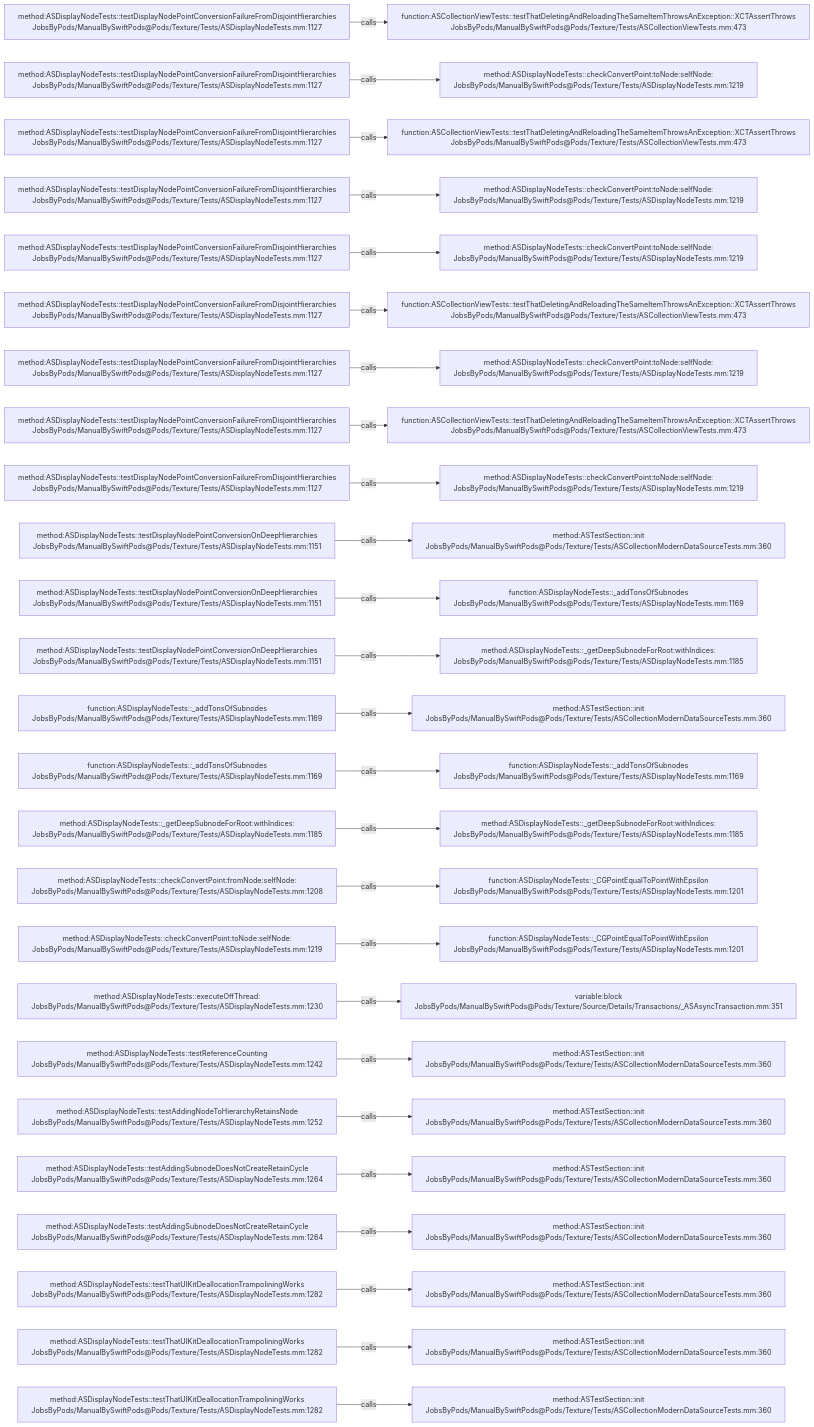
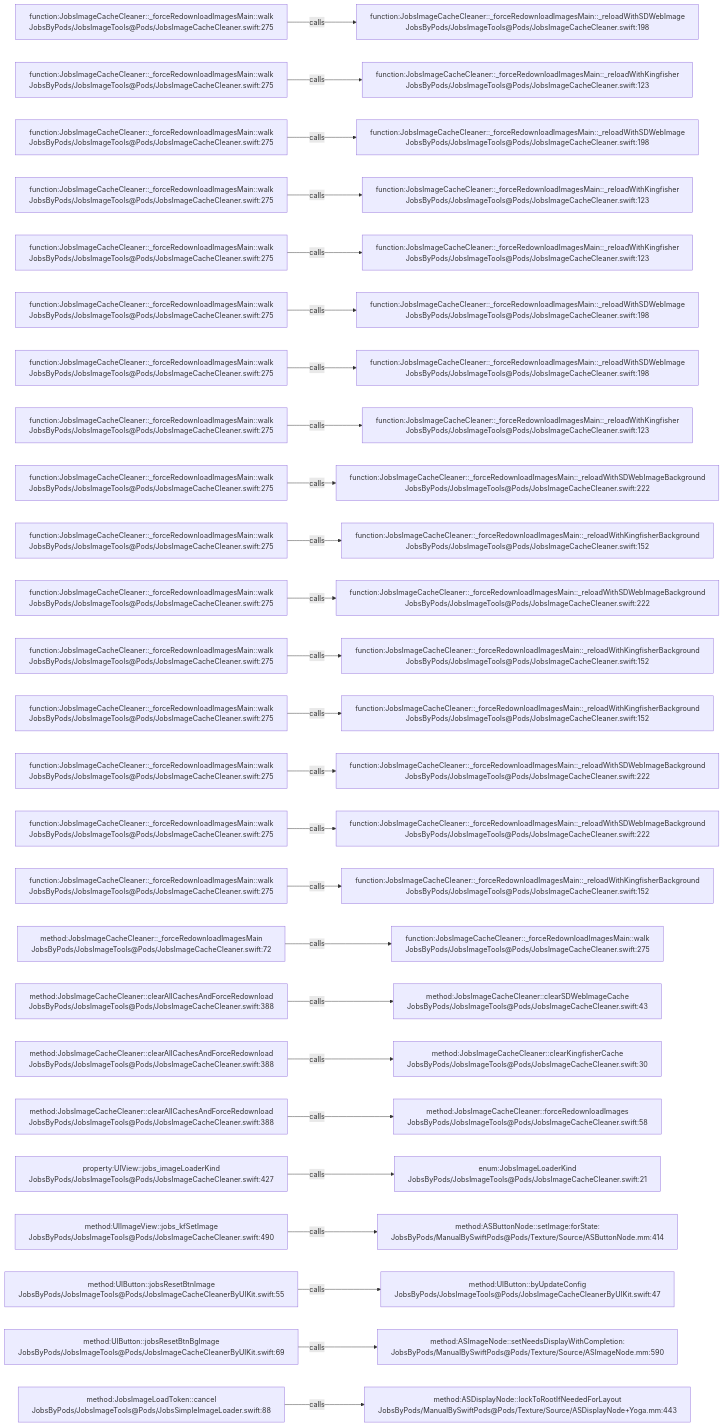
Before and after one commit to JobsKits/JobsSwiftBaseConfigDemo: the diagram in .codegraph/codegraph.md/graphs/calls-191.md, drawn with Mermaid. The commit also changed 224 other files, not shown here.

````diff
--- a/.codegraph/codegraph.md/graphs/calls-191.md
+++ b/.codegraph/codegraph.md/graphs/calls-191.md
@@ -13,78 +13,78 @@
 ```mermaid
 flowchart LR
-  S1["method:ASDisplayNodeTests::testDisplayNodePointConversionFailureFromDisjointHierarchies<br/>JobsByPods/ManualBySwiftPods@Pods/Texture/Tests/ASDisplayNodeTests.mm:1127"]
-  T1["function:ASCollectionViewTests::testThatDeletingAndReloadingTheSameItemThrowsAnException::XCTAssertThrows<br/>JobsByPods/ManualBySwiftPods@Pods/Texture/Tests/ASCollectionViewTests.mm:473"]
+  S1["function:JobsImageCacheCleaner::_forceRedownloadImagesMain::walk<br/>JobsByPods/JobsImageTools@Pods/JobsImageCacheCleaner.swift:275"]
+  T1["function:JobsImageCacheCleaner::_forceRedownloadImagesMain::_reloadWithSDWebImage<br/>JobsByPods/JobsImageTools@Pods/JobsImageCacheCleaner.swift:198"]
   S1 -->|calls| T1
-  S2["method:ASDisplayNodeTests::testDisplayNodePointConversionFailureFromDisjointHierarchies<br/>JobsByPods/ManualBySwiftPods@Pods/Texture/Tests/ASDisplayNodeTests.mm:1127"]
-  T2["method:ASDisplayNodeTests::checkConvertPoint:toNode:selfNode:<br/>JobsByPods/ManualBySwiftPods@Pods/Texture/Tests/ASDisplayNodeTests.mm:1219"]
+  S2["function:JobsImageCacheCleaner::_forceRedownloadImagesMain::walk<br/>JobsByPods/JobsImageTools@Pods/JobsImageCacheCleaner.swift:275"]
+  T2["function:JobsImageCacheCleaner::_forceRedownloadImagesMain::_reloadWithKingfisher<br/>JobsByPods/JobsImageTools@Pods/JobsImageCacheCleaner.swift:123"]
   S2 -->|calls| T2
-  S3["method:ASDisplayNodeTests::testDisplayNodePointConversionFailureFromDisjointHierarchies<br/>JobsByPods/ManualBySwiftPods@Pods/Texture/Tests/ASDisplayNodeTests.mm:1127"]
-  T3["function:ASCollectionViewTests::testThatDeletingAndReloadingTheSameItemThrowsAnException::XCTAssertThrows<br/>JobsByPods/ManualBySwiftPods@Pods/Texture/Tests/ASCollectionViewTests.mm:473"]
+  S3["function:JobsImageCacheCleaner::_forceRedownloadImagesMain::walk<br/>JobsByPods/JobsImageTools@Pods/JobsImageCacheCleaner.swift:275"]
+  T3["function:JobsImageCacheCleaner::_forceRedownloadImagesMain::_reloadWithSDWebImage<br/>JobsByPods/JobsImageTools@Pods/JobsImageCacheCleaner.swift:198"]
   S3 -->|calls| T3
-  S4["method:ASDisplayNodeTests::testDisplayNodePointConversionFailureFromDisjointHierarchies<br/>JobsByPods/ManualBySwiftPods@Pods/Texture/Tests/ASDisplayNodeTests.mm:1127"]
-  T4["method:ASDisplayNodeTests::checkConvertPoint:toNode:selfNode:<br/>JobsByPods/ManualBySwiftPods@Pods/Texture/Tests/ASDisplayNodeTests.mm:1219"]
+  S4["function:JobsImageCacheCleaner::_forceRedownloadImagesMain::walk<br/>JobsByPods/JobsImageTools@Pods/JobsImageCacheCleaner.swift:275"]
+  T4["function:JobsImageCacheCleaner::_forceRedownloadImagesMain::_reloadWithKingfisher<br/>JobsByPods/JobsImageTools@Pods/JobsImageCacheCleaner.swift:123"]
   S4 -->|calls| T4
-  S5["method:ASDisplayNodeTests::testDisplayNodePointConversionFailureFromDisjointHierarchies<br/>JobsByPods/ManualBySwiftPods@Pods/Texture/Tests/ASDisplayNodeTests.mm:1127"]
-  T5["method:ASDisplayNodeTests::checkConvertPoint:toNode:selfNode:<br/>JobsByPods/ManualBySwiftPods@Pods/Texture/Tests/ASDisplayNodeTests.mm:1219"]
+  S5["function:JobsImageCacheCleaner::_forceRedownloadImagesMain::walk<br/>JobsByPods/JobsImageTools@Pods/JobsImageCacheCleaner.swift:275"]
+  T5["function:JobsImageCacheCleaner::_forceRedownloadImagesMain::_reloadWithKingfisher<br/>JobsByPods/JobsImageTools@Pods/JobsImageCacheCleaner.swift:123"]
   S5 -->|calls| T5
-  S6["method:ASDisplayNodeTests::testDisplayNodePointConversionFailureFromDisjointHierarchies<br/>JobsByPods/ManualBySwiftPods@Pods/Texture/Tests/ASDisplayNodeTests.mm:1127"]
-  T6["function:ASCollectionViewTests::testThatDeletingAndReloadingTheSameItemThrowsAnException::XCTAssertThrows<br/>JobsByPods/ManualBySwiftPods@Pods/Texture/Tests/ASCollectionViewTests.mm:473"]
+  S6["function:JobsImageCacheCleaner::_forceRedownloadImagesMain::walk<br/>JobsByPods/JobsImageTools@Pods/JobsImageCacheCleaner.swift:275"]
+  T6["function:JobsImageCacheCleaner::_forceRedownloadImagesMain::_reloadWithSDWebImage<br/>JobsByPods/JobsImageTools@Pods/JobsImageCacheCleaner.swift:198"]
   S6 -->|calls| T6
-  S7["method:ASDisplayNodeTests::testDisplayNodePointConversionFailureFromDisjointHierarchies<br/>JobsByPods/ManualBySwiftPods@Pods/Texture/Tests/ASDisplayNodeTests.mm:1127"]
-  T7["method:ASDisplayNodeTests::checkConvertPoint:toNode:selfNode:<br/>JobsByPods/ManualBySwiftPods@Pods/Texture/Tests/ASDisplayNodeTests.mm:1219"]
+  S7["function:JobsImageCacheCleaner::_forceRedownloadImagesMain::walk<br/>JobsByPods/JobsImageTools@Pods/JobsImageCacheCleaner.swift:275"]
+  T7["function:JobsImageCacheCleaner::_forceRedownloadImagesMain::_reloadWithSDWebImage<br/>JobsByPods/JobsImageTools@Pods/JobsImageCacheCleaner.swift:198"]
   S7 -->|calls| T7
-  S8["method:ASDisplayNodeTests::testDisplayNodePointConversionFailureFromDisjointHierarchies<br/>JobsByPods/ManualBySwiftPods@Pods/Texture/Tests/ASDisplayNodeTests.mm:1127"]
-  T8["function:ASCollectionViewTests::testThatDeletingAndReloadingTheSameItemThrowsAnException::XCTAssertThrows<br/>JobsByPods/ManualBySwiftPods@Pods/Texture/Tests/ASCollectionViewTests.mm:473"]
+  S8["function:JobsImageCacheCleaner::_forceRedownloadImagesMain::walk<br/>JobsByPods/JobsImageTools@Pods/JobsImageCacheCleaner.swift:275"]
+  T8["function:JobsImageCacheCleaner::_forceRedownloadImagesMain::_reloadWithKingfisher<br/>JobsByPods/JobsImageTools@Pods/JobsImageCacheCleaner.swift:123"]
   S8 -->|calls| T8
-  S9["method:ASDisplayNodeTests::testDisplayNodePointConversionFailureFromDisjointHierarchies<br/>JobsByPods/ManualBySwiftPods@Pods/Texture/Tests/ASDisplayNodeTests.mm:1127"]
-  T9["method:ASDisplayNodeTests::checkConvertPoint:toNode:selfNode:<br/>JobsByPods/ManualBySwiftPods@Pods/Texture/Tests/ASDisplayNodeTests.mm:1219"]
+  S9["function:JobsImageCacheCleaner::_forceRedownloadImagesMain::walk<br/>JobsByPods/JobsImageTools@Pods/JobsImageCacheCleaner.swift:275"]
+  T9["function:JobsImageCacheCleaner::_forceRedownloadImagesMain::_reloadWithSDWebImageBackground<br/>JobsByPods/JobsImageTools@Pods/JobsImageCacheCleaner.swift:222"]
   S9 -->|calls| T9
-  S10["method:ASDisplayNodeTests::testDisplayNodePointConversionOnDeepHierarchies<br/>JobsByPods/ManualBySwiftPods@Pods/Texture/Tests/ASDisplayNodeTests.mm:1151"]
-  T10["method:ASTestSection::init<br/>JobsByPods/ManualBySwiftPods@Pods/Texture/Tests/ASCollectionModernDataSourceTests.mm:360"]
+  S10["function:JobsImageCacheCleaner::_forceRedownloadImagesMain::walk<br/>JobsByPods/JobsImageTools@Pods/JobsImageCacheCleaner.swift:275"]
+  T10["function:JobsImageCacheCleaner::_forceRedownloadImagesMain::_reloadWithKingfisherBackground<br/>JobsByPods/JobsImageTools@Pods/JobsImageCacheCleaner.swift:152"]
   S10 -->|calls| T10
-  S11["method:ASDisplayNodeTests::testDisplayNodePointConversionOnDeepHierarchies<br/>JobsByPods/ManualBySwiftPods@Pods/Texture/Tests/ASDisplayNodeTests.mm:1151"]
-  T11["function:ASDisplayNodeTests::_addTonsOfSubnodes<br/>JobsByPods/ManualBySwiftPods@Pods/Texture/Tests/ASDisplayNodeTests.mm:1169"]
+  S11["function:JobsImageCacheCleaner::_forceRedownloadImagesMain::walk<br/>JobsByPods/JobsImageTools@Pods/JobsImageCacheCleaner.swift:275"]
+  T11["function:JobsImageCacheCleaner::_forceRedownloadImagesMain::_reloadWithSDWebImageBackground<br/>JobsByPods/JobsImageTools@Pods/JobsImageCacheCleaner.swift:222"]
   S11 -->|calls| T11
-  S12["method:ASDisplayNodeTests::testDisplayNodePointConversionOnDeepHierarchies<br/>JobsByPods/ManualBySwiftPods@Pods/Texture/Tests/ASDisplayNodeTests.mm:1151"]
-  T12["method:ASDisplayNodeTests::_getDeepSubnodeForRoot:withIndices:<br/>JobsByPods/ManualBySwiftPods@Pods/Texture/Tests/ASDisplayNodeTests.mm:1185"]
+  S12["function:JobsImageCacheCleaner::_forceRedownloadImagesMain::walk<br/>JobsByPods/JobsImageTools@Pods/JobsImageCacheCleaner.swift:275"]
+  T12["function:JobsImageCacheCleaner::_forceRedownloadImagesMain::_reloadWithKingfisherBackground<br/>JobsByPods/JobsImageTools@Pods/JobsImageCacheCleaner.swift:152"]
   S12 -->|calls| T12
-  S13["function:ASDisplayNodeTests::_addTonsOfSubnodes<br/>JobsByPods/ManualBySwiftPods@Pods/Texture/Tests/ASDisplayNodeTests.mm:1169"]
-  T13["method:ASTestSection::init<br/>JobsByPods/ManualBySwiftPods@Pods/Texture/Tests/ASCollectionModernDataSourceTests.mm:360"]
+  S13["function:JobsImageCacheCleaner::_forceRedownloadImagesMain::walk<br/>JobsByPods/JobsImageTools@Pods/JobsImageCacheCleaner.swift:275"]
+  T13["function:JobsImageCacheCleaner::_forceRedownloadImagesMain::_reloadWithKingfisherBackground<br/>JobsByPods/JobsImageTools@Pods/JobsImageCacheCleaner.swift:152"]
   S13 -->|calls| T13
-  S14["function:ASDisplayNodeTests::_addTonsOfSubnodes<br/>JobsByPods/ManualBySwiftPods@Pods/Texture/Tests/ASDisplayNodeTests.mm:1169"]
-  T14["function:ASDisplayNodeTests::_addTonsOfSubnodes<br/>JobsByPods/ManualBySwiftPods@Pods/Texture/Tests/ASDisplayNodeTests.mm:1169"]
+  S14["function:JobsImageCacheCleaner::_forceRedownloadImagesMain::walk<br/>JobsByPods/JobsImageTools@Pods/JobsImageCacheCleaner.swift:275"]
+  T14["function:JobsImageCacheCleaner::_forceRedownloadImagesMain::_reloadWithSDWebImageBackground<br/>JobsByPods/JobsImageTools@Pods/JobsImageCacheCleaner.swift:222"]
   S14 -->|calls| T14
-  S15["method:ASDisplayNodeTests::_getDeepSubnodeForRoot:withIndices:<br/>JobsByPods/ManualBySwiftPods@Pods/Texture/Tests/ASDisplayNodeTests.mm:1185"]
-  T15["method:ASDisplayNodeTests::_getDeepSubnodeForRoot:withIndices:<br/>JobsByPods/ManualBySwiftPods@Pods/Texture/Tests/ASDisplayNodeTests.mm:1185"]
+  S15["function:JobsImageCacheCleaner::_forceRedownloadImagesMain::walk<br/>JobsByPods/JobsImageTools@Pods/JobsImageCacheCleaner.swift:275"]
+  T15["function:JobsImageCacheCleaner::_forceRedownloadImagesMain::_reloadWithSDWebImageBackground<br/>JobsByPods/JobsImageTools@Pods/JobsImageCacheCleaner.swift:222"]
   S15 -->|calls| T15
-  S16["method:ASDisplayNodeTests::checkConvertPoint:fromNode:selfNode:<br/>JobsByPods/ManualBySwiftPods@Pods/Texture/Tests/ASDisplayNodeTests.mm:1208"]
-  T16["function:ASDisplayNodeTests::_CGPointEqualToPointWithEpsilon<br/>JobsByPods/ManualBySwiftPods@Pods/Texture/Tests/ASDisplayNodeTests.mm:1201"]
+  S16["function:JobsImageCacheCleaner::_forceRedownloadImagesMain::walk<br/>JobsByPods/JobsImageTools@Pods/JobsImageCacheCleaner.swift:275"]
+  T16["function:JobsImageCacheCleaner::_forceRedownloadImagesMain::_reloadWithKingfisherBackground<br/>JobsByPods/JobsImageTools@Pods/JobsImageCacheCleaner.swift:152"]
   S16 -->|calls| T16
-  S17["method:ASDisplayNodeTests::checkConvertPoint:toNode:selfNode:<br/>JobsByPods/ManualBySwiftPods@Pods/Texture/Tests/ASDisplayNodeTests.mm:1219"]
-  T17["function:ASDisplayNodeTests::_CGPointEqualToPointWithEpsilon<br/>JobsByPods/ManualBySwiftPods@Pods/Texture/Tests/ASDisplayNodeTests.mm:1201"]
+  S17["method:JobsImageCacheCleaner::_forceRedownloadImagesMain<br/>JobsByPods/JobsImageTools@Pods/JobsImageCacheCleaner.swift:72"]
+  T17["function:JobsImageCacheCleaner::_forceRedownloadImagesMain::walk<br/>JobsByPods/JobsImageTools@Pods/JobsImageCacheCleaner.swift:275"]
   S17 -->|calls| T17
-  S18["method:ASDisplayNodeTests::executeOffThread:<br/>JobsByPods/ManualBySwiftPods@Pods/Texture/Tests/ASDisplayNodeTests.mm:1230"]
-  T18["variable:block<br/>JobsByPods/ManualBySwiftPods@Pods/Texture/Source/Details/Transactions/_ASAsyncTransaction.mm:351"]
+  S18["method:JobsImageCacheCleaner::clearAllCachesAndForceRedownload<br/>JobsByPods/JobsImageTools@Pods/JobsImageCacheCleaner.swift:388"]
+  T18["method:JobsImageCacheCleaner::clearSDWebImageCache<br/>JobsByPods/JobsImageTools@Pods/JobsImageCacheCleaner.swift:43"]
   S18 -->|calls| T18
-  S19["method:ASDisplayNodeTests::testReferenceCounting<br/>JobsByPods/ManualBySwiftPods@Pods/Texture/Tests/ASDisplayNodeTests.mm:1242"]
-  T19["method:ASTestSection::init<br/>JobsByPods/ManualBySwiftPods@Pods/Texture/Tests/ASCollectionModernDataSourceTests.mm:360"]
+  S19["method:JobsImageCacheCleaner::clearAllCachesAndForceRedownload<br/>JobsByPods/JobsImageTools@Pods/JobsImageCacheCleaner.swift:388"]
+  T19["method:JobsImageCacheCleaner::clearKingfisherCache<br/>JobsByPods/JobsImageTools@Pods/JobsImageCacheCleaner.swift:30"]
   S19 -->|calls| T19
-  S20["method:ASDisplayNodeTests::testAddingNodeToHierarchyRetainsNode<br/>JobsByPods/ManualBySwiftPods@Pods/Texture/Tests/ASDisplayNodeTests.mm:1252"]
-  T20["method:ASTestSection::init<br/>JobsByPods/ManualBySwiftPods@Pods/Texture/Tests/ASCollectionModernDataSourceTests.mm:360"]
+  S20["method:JobsImageCacheCleaner::clearAllCachesAndForceRedownload<br/>JobsByPods/JobsImageTools@Pods/JobsImageCacheCleaner.swift:388"]
+  T20["method:JobsImageCacheCleaner::forceRedownloadImages<br/>JobsByPods/JobsImageTools@Pods/JobsImageCacheCleaner.swift:58"]
   S20 -->|calls| T20
-  S21["method:ASDisplayNodeTests::testAddingSubnodeDoesNotCreateRetainCycle<br/>JobsByPods/ManualBySwiftPods@Pods/Texture/Tests/ASDisplayNodeTests.mm:1264"]
-  T21["method:ASTestSection::init<br/>JobsByPods/ManualBySwiftPods@Pods/Texture/Tests/ASCollectionModernDataSourceTests.mm:360"]
+  S21["property:UIView::jobs_imageLoaderKind<br/>JobsByPods/JobsImageTools@Pods/JobsImageCacheCleaner.swift:427"]
+  T21["enum:JobsImageLoaderKind<br/>JobsByPods/JobsImageTools@Pods/JobsImageCacheCleaner.swift:21"]
   S21 -->|calls| T21
-  S22["method:ASDisplayNodeTests::testAddingSubnodeDoesNotCreateRetainCycle<br/>JobsByPods/ManualBySwiftPods@Pods/Texture/Tests/ASDisplayNodeTests.mm:1264"]
-  T22["method:ASTestSection::init<br/>JobsByPods/ManualBySwiftPods@Pods/Texture/Tests/ASCollectionModernDataSourceTests.mm:360"]
+  S22["method:UIImageView::jobs_kfSetImage<br/>JobsByPods/JobsImageTools@Pods/JobsImageCacheCleaner.swift:490"]
+  T22["method:ASButtonNode::setImage:forState:<br/>JobsByPods/ManualBySwiftPods@Pods/Texture/Source/ASButtonNode.mm:414"]
   S22 -->|calls| T22
-  S23["method:ASDisplayNodeTests::testThatUIKitDeallocationTrampoliningWorks<br/>JobsByPods/ManualBySwiftPods@Pods/Texture/Tests/ASDisplayNodeTests.mm:1282"]
-  T23["method:ASTestSection::init<br/>JobsByPods/ManualBySwiftPods@Pods/Texture/Tests/ASCollectionModernDataSourceTests.mm:360"]
+  S23["method:UIButton::jobsResetBtnImage<br/>JobsByPods/JobsImageTools@Pods/JobsImageCacheCleanerByUIKit.swift:55"]
+  T23["method:UIButton::byUpdateConfig<br/>JobsByPods/JobsImageTools@Pods/JobsImageCacheCleanerByUIKit.swift:47"]
   S23 -->|calls| T23
-  S24["method:ASDisplayNodeTests::testThatUIKitDeallocationTrampoliningWorks<br/>JobsByPods/ManualBySwiftPods@Pods/Texture/Tests/ASDisplayNodeTests.mm:1282"]
-  T24["method:ASTestSection::init<br/>JobsByPods/ManualBySwiftPods@Pods/Texture/Tests/ASCollectionModernDataSourceTests.mm:360"]
+  S24["method:UIButton::jobsResetBtnBgImage<br/>JobsByPods/JobsImageTools@Pods/JobsImageCacheCleanerByUIKit.swift:69"]
+  T24["method:ASImageNode::setNeedsDisplayWithCompletion:<br/>JobsByPods/ManualBySwiftPods@Pods/Texture/Source/ASImageNode.mm:590"]
   S24 -->|calls| T24
-  S25["method:ASDisplayNodeTests::testThatUIKitDeallocationTrampoliningWorks<br/>JobsByPods/ManualBySwiftPods@Pods/Texture/Tests/ASDisplayNodeTests.mm:1282"]
-  T25["method:ASTestSection::init<br/>JobsByPods/ManualBySwiftPods@Pods/Texture/Tests/ASCollectionModernDataSourceTests.mm:360"]
+  S25["method:JobsImageLoadToken::cancel<br/>JobsByPods/JobsImageTools@Pods/JobsSimpleImageLoader.swift:88"]
+  T25["method:ASDisplayNode::lockToRootIfNeededForLayout<br/>JobsByPods/ManualBySwiftPods@Pods/Texture/Source/ASDisplayNode+Yoga.mm:443"]
   S25 -->|calls| T25
 ```
````
